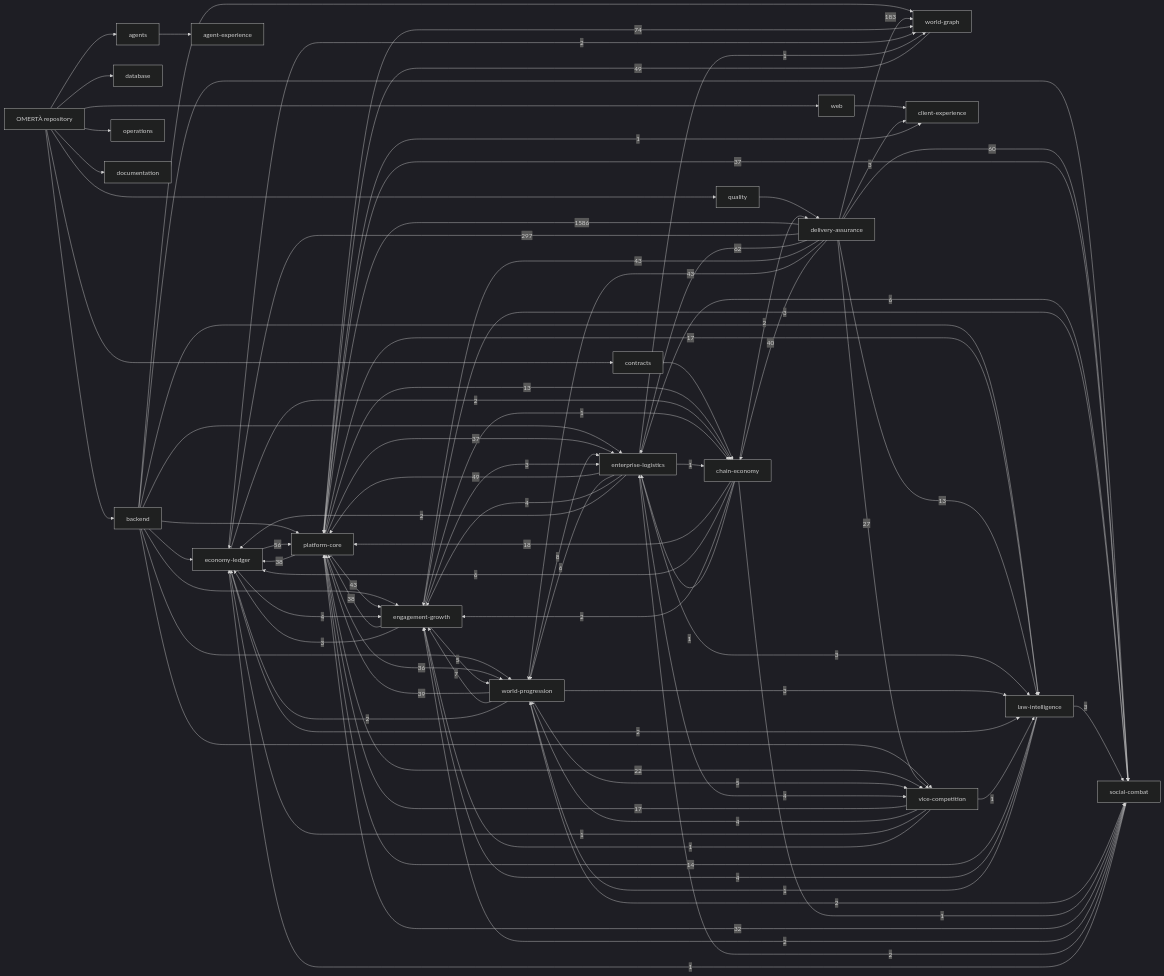
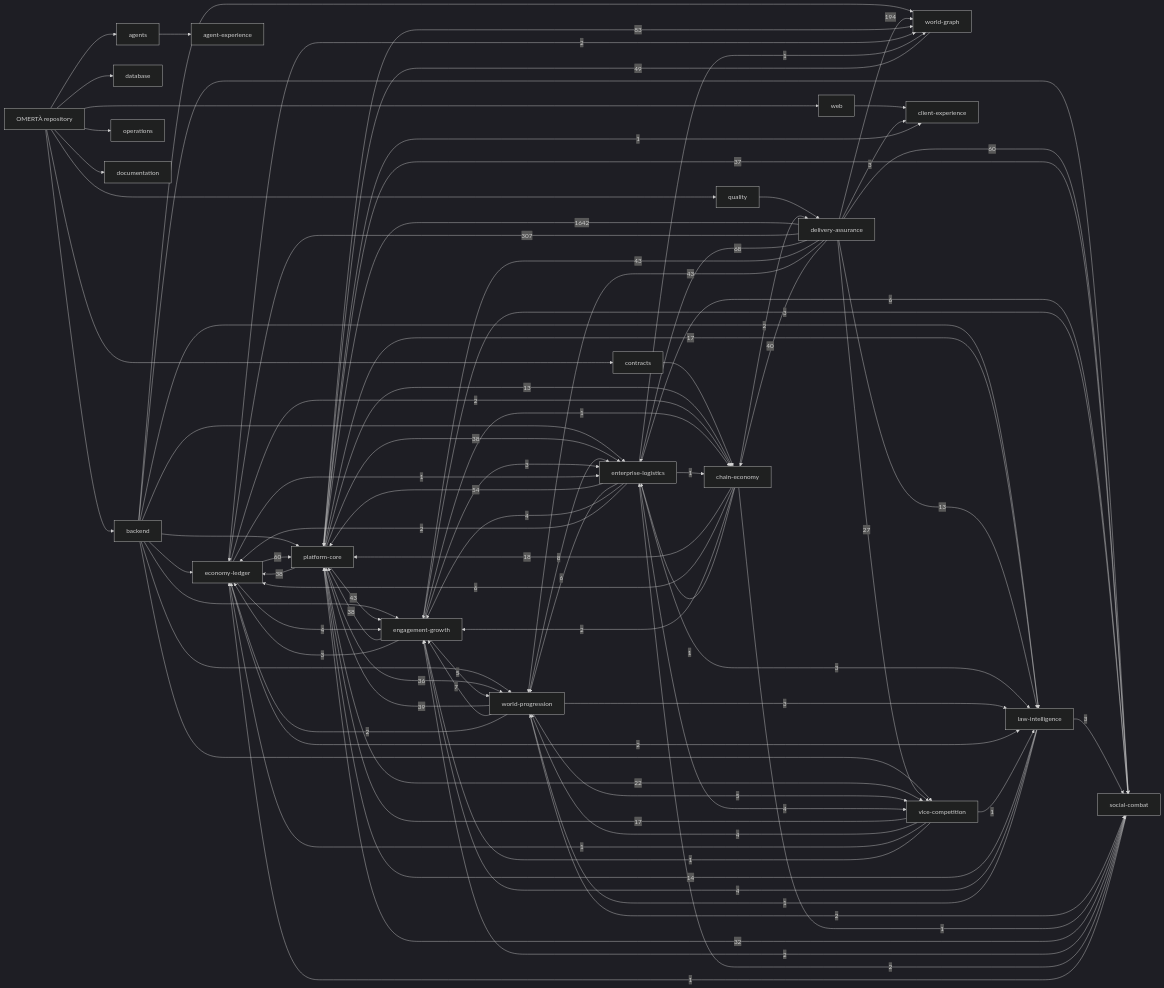
Before and after one commit to OmertaDev/Omerta: the diagram in knowledge/generated/graph.mmd, drawn with Mermaid (dark theme). The commit also changed 8 other files, not shown here.

```diff
--- a/knowledge/generated/graph.mmd
+++ b/knowledge/generated/graph.mmd
@@ -1,112 +1,113 @@
 flowchart LR
   repo["OMERTÀ repository"]
   sub_backend["backend"]
   repo --> sub_backend
   sub_database["database"]
   repo --> sub_database
   sub_web["web"]
   repo --> sub_web
   sub_contracts["contracts"]
   repo --> sub_contracts
   sub_agents["agents"]
   repo --> sub_agents
   sub_quality["quality"]
   repo --> sub_quality
   sub_operations["operations"]
   repo --> sub_operations
   sub_documentation["documentation"]
   repo --> sub_documentation
   dom_platform-core["platform-core"]
   dom_economy-ledger["economy-ledger"]
   dom_social-combat["social-combat"]
   dom_world-progression["world-progression"]
   dom_world-graph["world-graph"]
   dom_enterprise-logistics["enterprise-logistics"]
   dom_vice-competition["vice-competition"]
   dom_law-intelligence["law-intelligence"]
   dom_chain-economy["chain-economy"]
   dom_engagement-growth["engagement-growth"]
   dom_client-experience["client-experience"]
   dom_agent-experience["agent-experience"]
   dom_delivery-assurance["delivery-assurance"]
   sub_agents --> dom_agent-experience
   sub_backend --> dom_economy-ledger
   sub_backend --> dom_engagement-growth
   sub_backend --> dom_enterprise-logistics
   sub_backend --> dom_law-intelligence
   sub_backend --> dom_platform-core
   sub_backend --> dom_social-combat
   sub_backend --> dom_vice-competition
   sub_backend --> dom_world-graph
   sub_backend --> dom_world-progression
   sub_contracts --> dom_chain-economy
   sub_quality --> dom_delivery-assurance
   sub_web --> dom_client-experience
-  dom_delivery-assurance -->|1586| dom_platform-core
-  dom_delivery-assurance -->|297| dom_economy-ledger
-  dom_delivery-assurance -->|183| dom_world-graph
-  dom_platform-core -->|74| dom_world-graph
-  dom_delivery-assurance -->|62| dom_enterprise-logistics
+  dom_delivery-assurance -->|1642| dom_platform-core
+  dom_delivery-assurance -->|307| dom_economy-ledger
+  dom_delivery-assurance -->|194| dom_world-graph
+  dom_platform-core -->|83| dom_world-graph
+  dom_delivery-assurance -->|68| dom_enterprise-logistics
   dom_delivery-assurance -->|60| dom_social-combat
-  dom_economy-ledger -->|56| dom_platform-core
-  dom_enterprise-logistics -->|49| dom_platform-core
+  dom_economy-ledger -->|60| dom_platform-core
+  dom_enterprise-logistics -->|54| dom_platform-core
   dom_world-graph -->|49| dom_platform-core
   dom_delivery-assurance -->|43| dom_engagement-growth
   dom_delivery-assurance -->|43| dom_world-progression
   dom_platform-core -->|43| dom_engagement-growth
   dom_delivery-assurance -->|40| dom_chain-economy
   dom_world-progression -->|39| dom_platform-core
   dom_engagement-growth -->|38| dom_platform-core
   dom_platform-core -->|38| dom_economy-ledger
-  dom_platform-core -->|37| dom_enterprise-logistics
+  dom_platform-core -->|38| dom_enterprise-logistics
   dom_platform-core -->|37| dom_social-combat
   dom_platform-core -->|36| dom_world-progression
   dom_social-combat -->|32| dom_platform-core
   dom_delivery-assurance -->|27| dom_vice-competition
   dom_platform-core -->|22| dom_vice-competition
   dom_chain-economy -->|18| dom_platform-core
   dom_platform-core -->|17| dom_law-intelligence
   dom_vice-competition -->|17| dom_platform-core
   dom_law-intelligence -->|14| dom_platform-core
   dom_delivery-assurance -->|13| dom_law-intelligence
   dom_platform-core -->|13| dom_chain-economy
   dom_world-progression -->|8| dom_enterprise-logistics
   dom_world-progression -->|7| dom_engagement-growth
   dom_chain-economy -->|6| dom_economy-ledger
   dom_enterprise-logistics -->|6| dom_social-combat
   dom_enterprise-logistics -->|6| dom_world-progression
   dom_engagement-growth -->|5| dom_world-progression
   dom_world-progression -->|5| dom_vice-competition
   dom_economy-ledger -->|4| dom_engagement-growth
   dom_enterprise-logistics -->|4| dom_engagement-growth
   dom_enterprise-logistics -->|4| dom_vice-competition
   dom_law-intelligence -->|4| dom_engagement-growth
   dom_vice-competition -->|4| dom_world-progression
   dom_delivery-assurance -->|3| dom_client-experience
   dom_engagement-growth -->|3| dom_economy-ledger
   dom_engagement-growth -->|3| dom_enterprise-logistics
   dom_engagement-growth -->|3| dom_social-combat
   dom_enterprise-logistics -->|3| dom_law-intelligence
   dom_law-intelligence -->|3| dom_social-combat
   dom_world-progression -->|3| dom_law-intelligence
   dom_chain-economy -->|2| dom_delivery-assurance
   dom_chain-economy -->|2| dom_engagement-growth
   dom_economy-ledger -->|2| dom_chain-economy
   dom_economy-ledger -->|2| dom_law-intelligence
   dom_economy-ledger -->|2| dom_world-graph
   dom_enterprise-logistics -->|2| dom_economy-ledger
   dom_social-combat -->|2| dom_engagement-growth
   dom_social-combat -->|2| dom_enterprise-logistics
   dom_world-progression -->|2| dom_economy-ledger
   dom_world-progression -->|2| dom_social-combat
   dom_chain-economy -->|1| dom_enterprise-logistics
   dom_chain-economy -->|1| dom_social-combat
+  dom_economy-ledger -->|1| dom_enterprise-logistics
   dom_engagement-growth -->|1| dom_chain-economy
   dom_enterprise-logistics -->|1| dom_chain-economy
   dom_enterprise-logistics -->|1| dom_world-graph
   dom_law-intelligence -->|1| dom_world-progression
   dom_platform-core -->|1| dom_client-experience
   dom_social-combat -->|1| dom_economy-ledger
   dom_vice-competition -->|1| dom_economy-ledger
   dom_vice-competition -->|1| dom_engagement-growth
   dom_vice-competition -->|1| dom_law-intelligence
```
